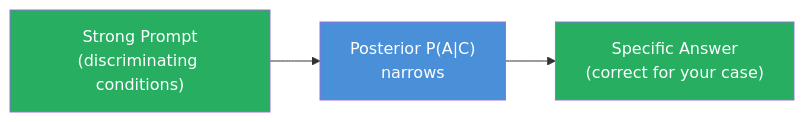
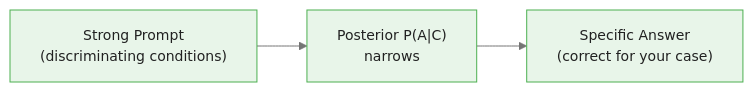
Before and after one commit to m-deane/course-creator: the second of 3 diagrams in courses/bayesian-prompt-engineering/modules/module_01_bayesian_frame/guides/01_prompts_as_evidence_slides.md, drawn with Mermaid. The commit also changed other lines of this file and 53 other files, not shown here.

````diff
--- a/courses/bayesian-prompt-engineering/modules/module_01_bayesian_frame/guides/01_prompts_as_evidence_slides.md
+++ b/courses/bayesian-prompt-engineering/modules/module_01_bayesian_frame/guides/01_prompts_as_evidence_slides.md
@@ -104,8 +114,6 @@
 ```mermaid
+%%{init: {"theme": "base", "themeVariables": {"primaryColor": "#e8f5e9", "primaryBorderColor": "#4caf50", "primaryTextColor": "#212121", "secondaryColor": "#e3f2fd", "tertiaryColor": "#fff8e1", "lineColor": "#757575", "fontFamily": "Inter, sans-serif", "fontSize": "14px"}}}%%
 flowchart LR
     C2["Strong Prompt\n(discriminating conditions)"] --> Post["Posterior P(A|C)\nnarrows"]
     Post --> S["Specific Answer\n(correct for your case)"]
-    style C2 fill:#27ae60,color:#fff
-    style S fill:#27ae60,color:#fff
-    style Post fill:#4a90d9,color:#fff
 ```
````
